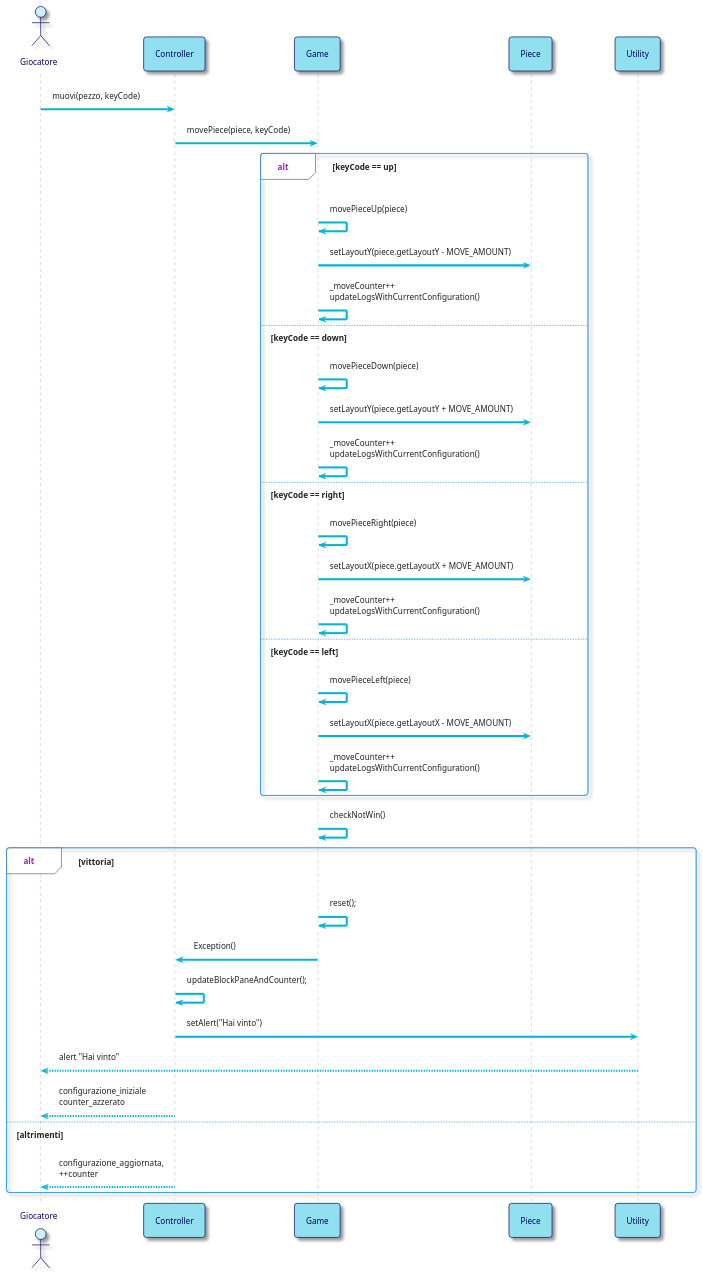
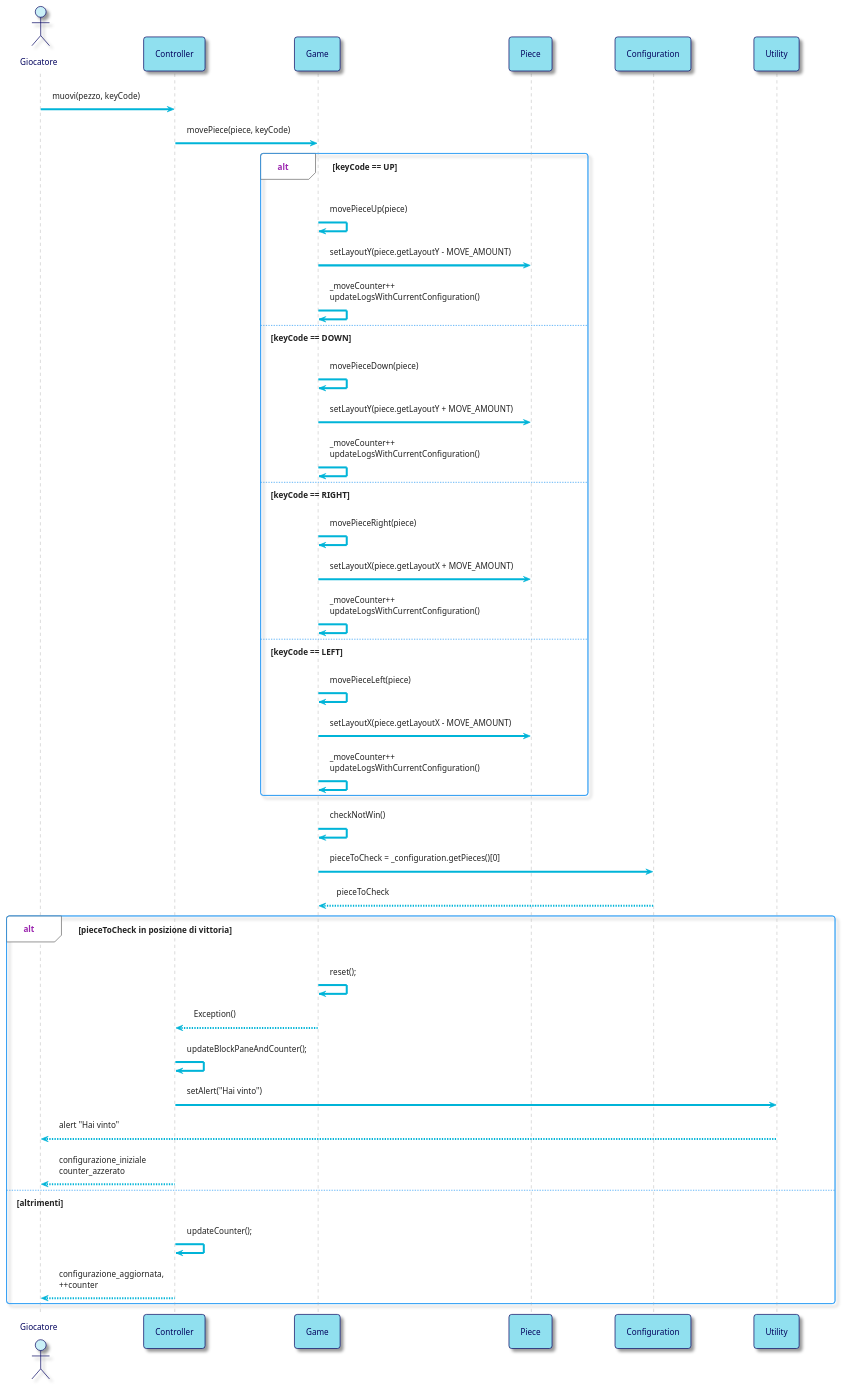
Before and after one commit to bellins14/klotski_gruppo2: the second of 6 diagrams in resources/Sequence_Diagrams.md, drawn with PlantUML.

````diff
--- a/resources/Sequence_Diagrams.md
+++ b/resources/Sequence_Diagrams.md
@@ -90,70 +90,73 @@
 ```plantuml
 @startuml
 !theme materia-outline
 
 skinparam ArrowColor #00B4D8
 skinparam ActorBorderColor #03045E
 skinparam ActorFontColor #03045E
 skinparam ActorBackgroundColor #CAF0F8
 skinparam ParticipantFontColor #03045E
 skinparam ParticipantBorderColor #03045E
 skinparam ParticipantBackgroundColor #90E0EF
 skinparam DatabaseBorderColor #03045E
 skinparam DatabaseBackgroundColor #00B4D8
 skinparam DatabaseFontColor #03045E
 skinparam BackgroundColor #FFFFFF
 
 actor Giocatore 
 participant Controller
 participant Game
 participant Piece
 
 
 Giocatore -> Controller: muovi(pezzo, keyCode)
 Controller -> Game: movePiece(piece, keyCode)
-alt keyCode == up
+alt keyCode == UP
 Game -> Game: movePieceUp(piece)
 
 Game -> Piece: setLayoutY(piece.getLayoutY - MOVE_AMOUNT)
 Game -> Game: _moveCounter++ \nupdateLogsWithCurrentConfiguration()
 
-else keyCode == down 
+else keyCode == DOWN 
 Game -> Game: movePieceDown(piece)
 
 Game -> Piece: setLayoutY(piece.getLayoutY + MOVE_AMOUNT)
 Game -> Game: _moveCounter++ \nupdateLogsWithCurrentConfiguration()
 
-else keyCode == right 
+else keyCode == RIGHT 
 Game -> Game: movePieceRight(piece)
 
 Game -> Piece: setLayoutX(piece.getLayoutX + MOVE_AMOUNT)
 Game -> Game: _moveCounter++ \nupdateLogsWithCurrentConfiguration()
 
-else keyCode == left 
+else keyCode == LEFT 
 Game -> Game: movePieceLeft(piece)
 
 Game -> Piece: setLayoutX(piece.getLayoutX - MOVE_AMOUNT)
 Game -> Game: _moveCounter++ \nupdateLogsWithCurrentConfiguration()
 
 end
 
 Game -> Game: checkNotWin()
+Game -> Configuration: pieceToCheck = _configuration.getPieces()[0]
+Configuration --> Game: pieceToCheck
 
-alt vittoria
+alt pieceToCheck in posizione di vittoria
 Game -> Game: reset();
-Game -> Controller: Exception()
+Game --> Controller: Exception()
 Controller -> Controller: updateBlockPaneAndCounter();
 Controller -> Utility: setAlert("Hai vinto")
 Utility --> Giocatore: alert "Hai vinto"
 Controller-->Giocatore: configurazione_iniziale \ncounter_azzerato
 
 
 
 else altrimenti
+Controller -> Controller: updateCounter();
 Controller-->Giocatore: configurazione_aggiornata,\n++counter
 end
 
 
 
 @enduml
 ```
````
